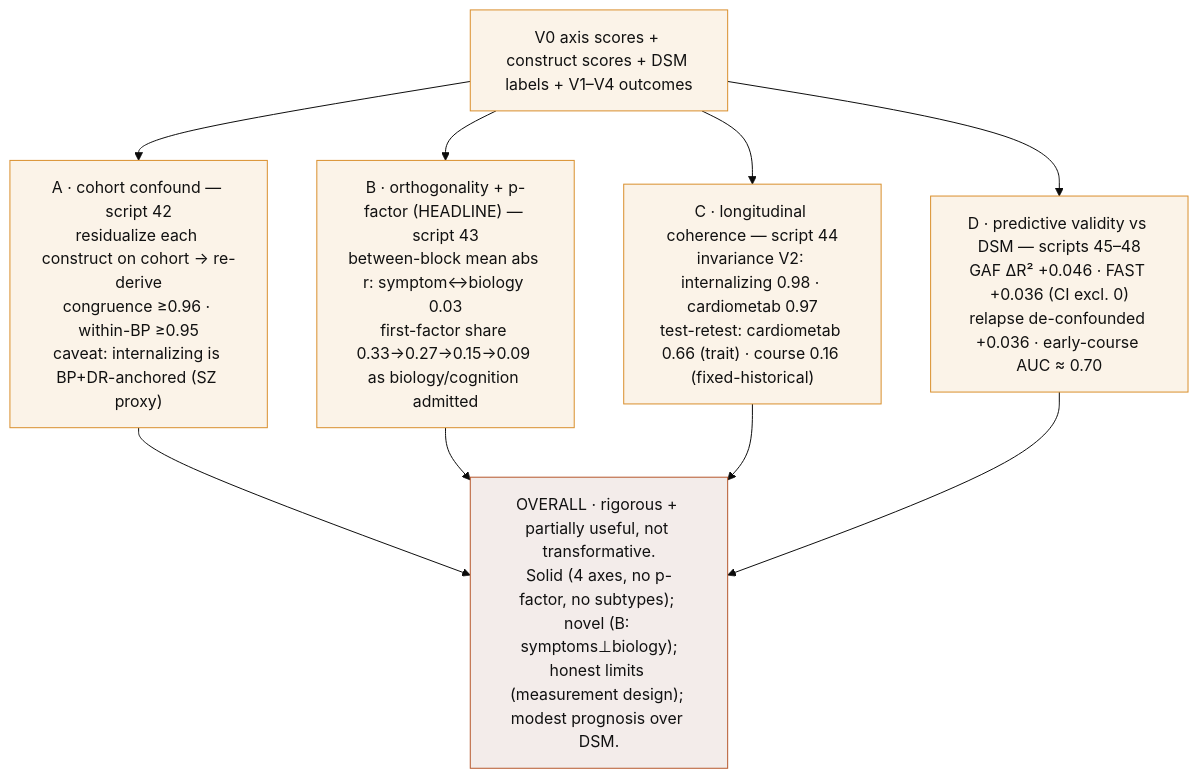
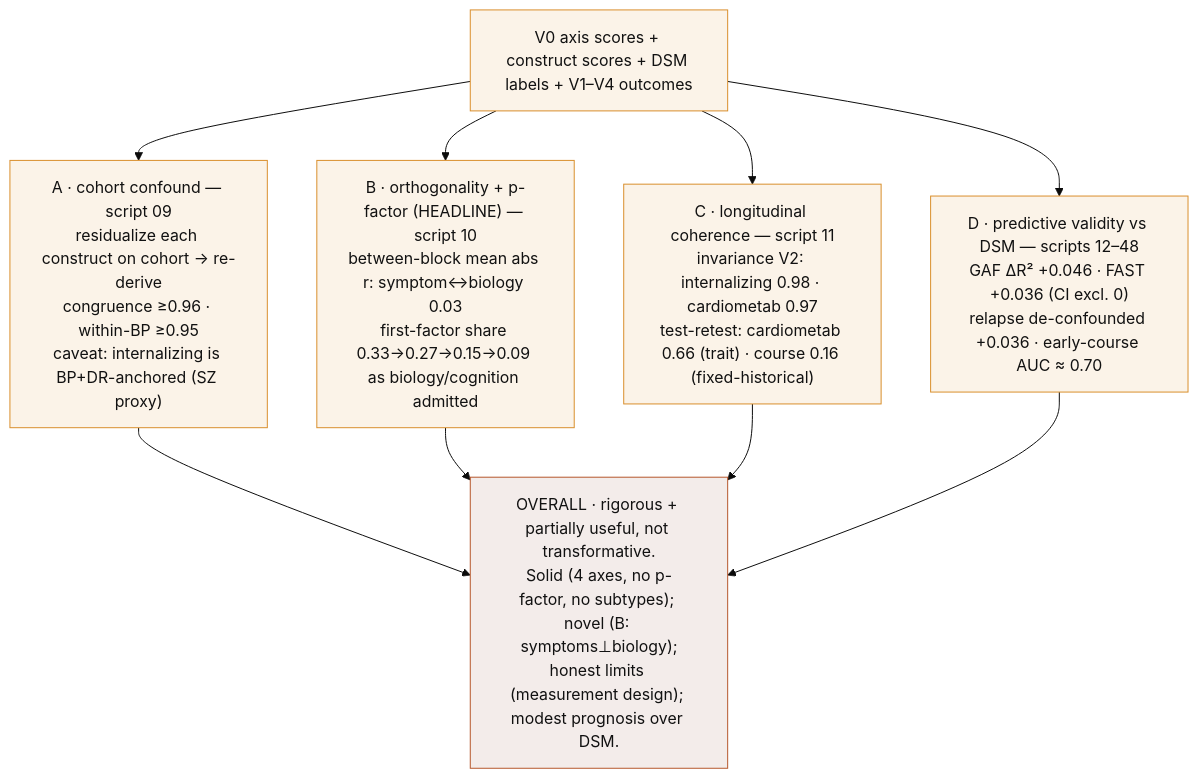
One commit to AndriiKulakovskyi/face-trans-diagnostic-phenotypes changed the ninth of 10 diagrams in docs/PIPELINE.md. Above: the diagram before and after it, drawn with Mermaid (base theme). The commit also changed other lines of this file and 21 other files, not shown here.

````diff
--- a/docs/PIPELINE.md
+++ b/docs/PIPELINE.md
@@ -264,20 +264,20 @@
 ```mermaid
 flowchart TB
     classDef val fill:#FBF3E8,stroke:#D98E2B,color:#111
     classDef out fill:#F3ECEA,stroke:#B5562B,color:#111
     AX["V0 axis scores + construct scores + DSM labels + V1–V4 outcomes"]:::val
     AX --> A
     AX --> B
     AX --> C
     AX --> D
 
-    A["A · cohort confound — script 42<br/>residualize each construct on cohort → re-derive<br/>congruence ≥0.96 · within-BP ≥0.95<br/>caveat: internalizing is BP+DR-anchored (SZ proxy)"]:::val
-    B["B · orthogonality + p-factor (HEADLINE) — script 43<br/>between-block mean abs r: symptom↔biology 0.03<br/>first-factor share 0.33→0.27→0.15→0.09 as biology/cognition admitted"]:::val
-    C["C · longitudinal coherence — script 44<br/>invariance V2: internalizing 0.98 · cardiometab 0.97<br/>test-retest: cardiometab 0.66 (trait) · course 0.16 (fixed-historical)"]:::val
-    D["D · predictive validity vs DSM — scripts 45–48<br/>GAF ΔR² +0.046 · FAST +0.036 (CI excl. 0)<br/>relapse de-confounded +0.036 · early-course AUC ≈ 0.70"]:::val
+    A["A · cohort confound — script 09<br/>residualize each construct on cohort → re-derive<br/>congruence ≥0.96 · within-BP ≥0.95<br/>caveat: internalizing is BP+DR-anchored (SZ proxy)"]:::val
+    B["B · orthogonality + p-factor (HEADLINE) — script 10<br/>between-block mean abs r: symptom↔biology 0.03<br/>first-factor share 0.33→0.27→0.15→0.09 as biology/cognition admitted"]:::val
+    C["C · longitudinal coherence — script 11<br/>invariance V2: internalizing 0.98 · cardiometab 0.97<br/>test-retest: cardiometab 0.66 (trait) · course 0.16 (fixed-historical)"]:::val
+    D["D · predictive validity vs DSM — scripts 12–48<br/>GAF ΔR² +0.046 · FAST +0.036 (CI excl. 0)<br/>relapse de-confounded +0.036 · early-course AUC ≈ 0.70"]:::val
 
     A --> VV["OVERALL · rigorous + partially useful, not transformative.<br/>Solid (4 axes, no p-factor, no subtypes); novel (B: symptoms⊥biology);<br/>honest limits (measurement design); modest prognosis over DSM."]:::out
     B --> VV
     C --> VV
     D --> VV
 ```
````
